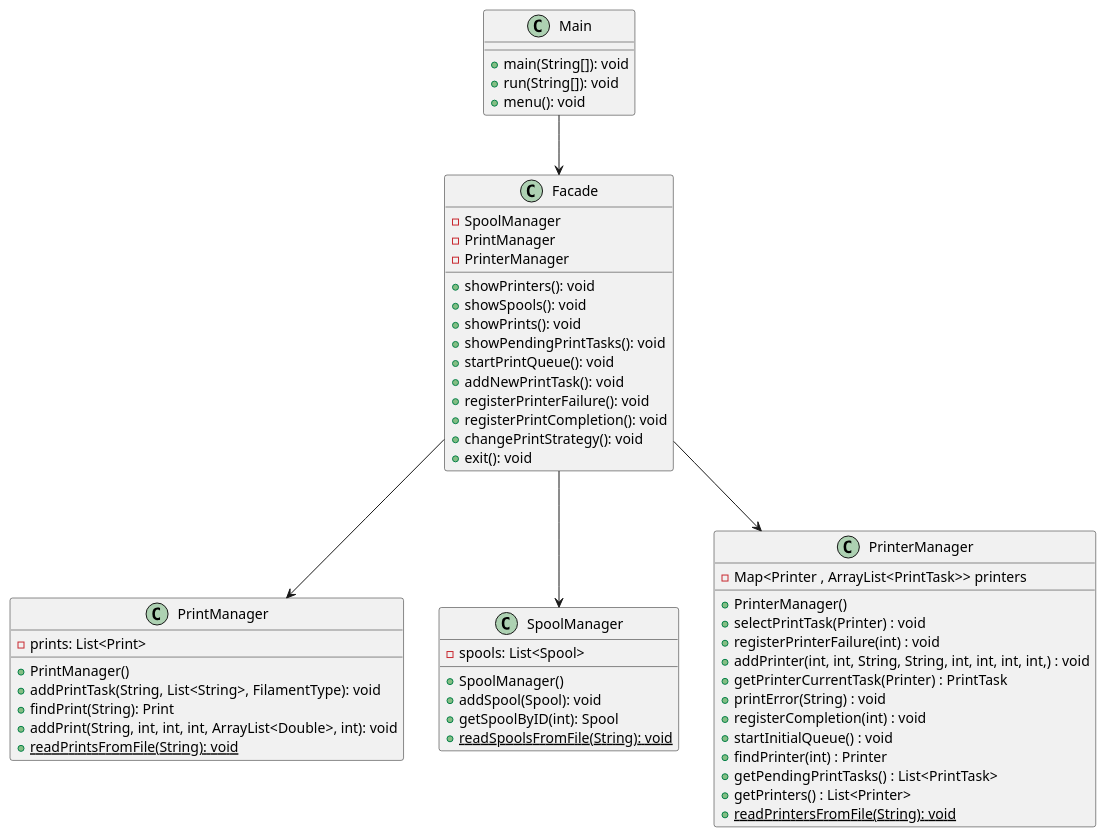
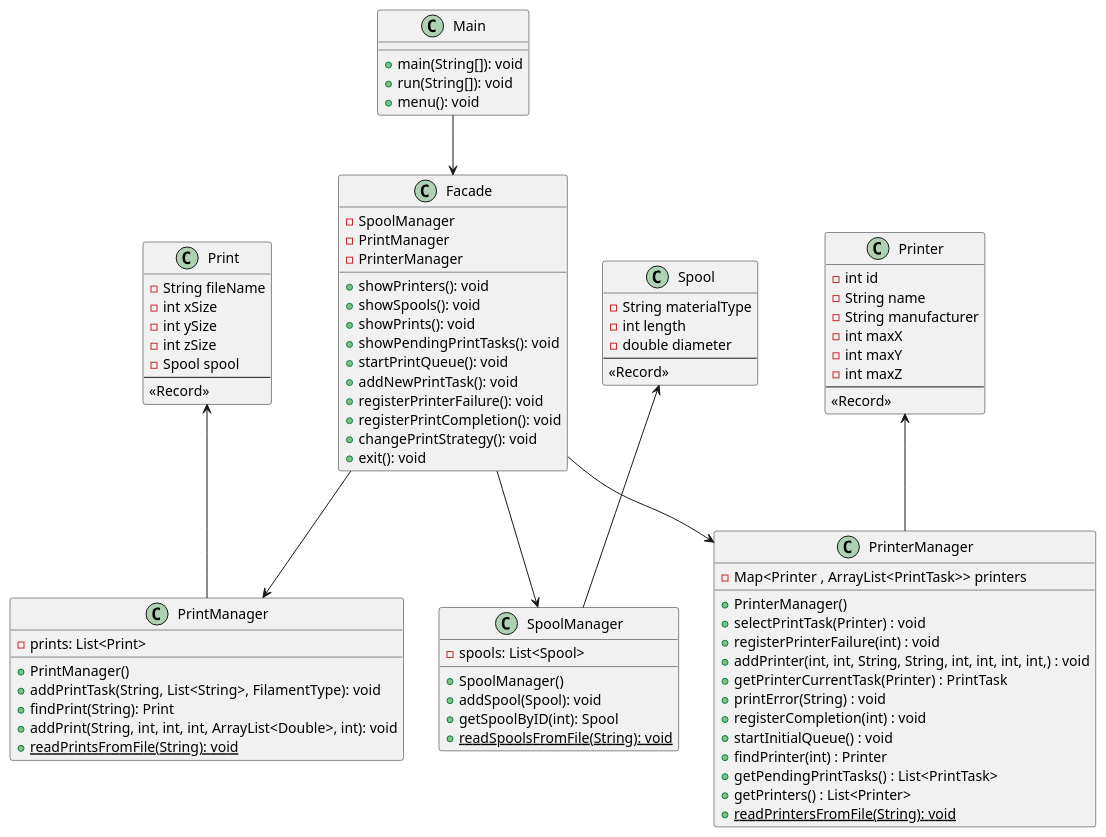
The diagram in docs/Diagrams/refractored diagrams/Main Facade and its associations.puml (rtavares14/System-Design), drawn with PlantUML before and after one commit.

Commit message:
added records

```diff
--- a/docs/Diagrams/refractored diagrams/Main Facade and its associations.puml
+++ b/docs/Diagrams/refractored diagrams/Main Facade and its associations.puml
@@ -1,67 +1,99 @@
 @startuml
 'https://plantuml.com/sequence-diagram
 
 class Main {
     + main(String[]): void
     + run(String[]): void
     + menu(): void
 }
 
 class Facade {
     - SpoolManager
     - PrintManager
     - PrinterManager
     + showPrinters(): void
     + showSpools(): void
     + showPrints(): void
     + showPendingPrintTasks(): void
     + startPrintQueue(): void
     + addNewPrintTask(): void
     + registerPrinterFailure(): void
     + registerPrintCompletion(): void
     + changePrintStrategy(): void
     + exit(): void
 }
 
 class PrintManager {
     + PrintManager()
     + addPrintTask(String, List<String>, FilamentType): void
     + findPrint(String): Print
     + addPrint(String, int, int, int, ArrayList<Double>, int): void
     + {static} readPrintsFromFile(String): void
     - prints: List<Print>
 }
 
 class SpoolManager {
     + SpoolManager()
     + addSpool(Spool): void
     + getSpoolByID(int): Spool
     + {static} readSpoolsFromFile(String): void
     - spools: List<Spool>
 }
 
 class PrinterManager {
         - Map<Printer , ArrayList<PrintTask>> printers
         + PrinterManager()
         + selectPrintTask(Printer) : void
         + registerPrinterFailure(int) : void
         + addPrinter(int, int, String, String, int, int, int, int,) : void
         + getPrinterCurrentTask(Printer) : PrintTask
         + printError(String) : void
         + registerCompletion(int) : void
       + startInitialQueue() : void
       + findPrinter(int) : Printer
       + getPendingPrintTasks() : List<PrintTask>
       + getPrinters() : List<Printer>
       + {static} readPrintersFromFile(String): void
 
 }
 
+class Printer {
+  - int id
+  - String name
+  - String manufacturer
+  - int maxX
+  - int maxY
+  - int maxZ
+  --
+  <<Record>>
+}
+
+class Spool {
+  - String materialType
+  - int length
+  - double diameter
+  --
+  <<Record>>
+}
+
+class Print {
+  - String fileName
+  - int xSize
+  - int ySize
+  - int zSize
+  - Spool spool
+  --
+  <<Record>>
+}
+
+PrinterManager -up-> Printer
+SpoolManager -up-> Spool
+PrintManager -up-> Print
 
 
 Main -down-> Facade
 Facade -down-> SpoolManager
 Facade -down-> PrintManager
 Facade -down-> PrinterManager
 
 @enduml
```
